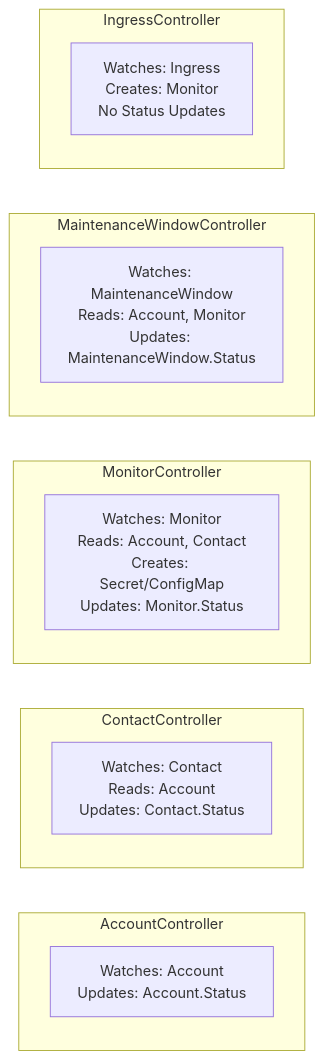
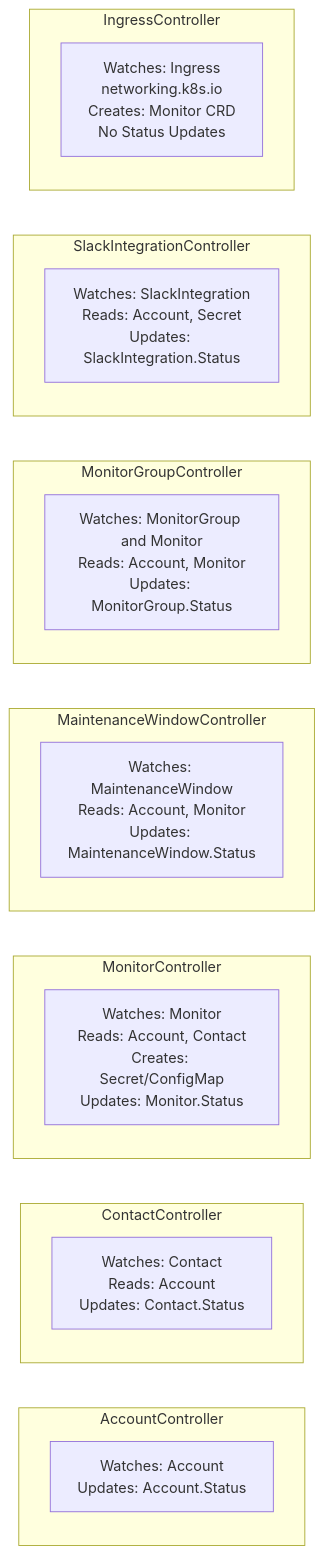
Before and after one commit to joelp172/uptime-robot-operator: the fifth of 11 diagrams in docs/architecture.md, drawn with Mermaid. The commit also changed other lines of this file, not shown here.

Commit message:
docs(architecture): align all sections with actual controller behavior

````diff
--- a/docs/architecture.md
+++ b/docs/architecture.md
@@ -240,22 +208,30 @@
 ```mermaid
 graph LR
     subgraph "AccountController"
         AC[Watches: Account<br/>Updates: Account.Status]
     end
     
     subgraph "ContactController"
         CC[Watches: Contact<br/>Reads: Account<br/>Updates: Contact.Status]
     end
     
     subgraph "MonitorController"
         MC[Watches: Monitor<br/>Reads: Account, Contact<br/>Creates: Secret/ConfigMap<br/>Updates: Monitor.Status]
     end
     
     subgraph "MaintenanceWindowController"
         MWC[Watches: MaintenanceWindow<br/>Reads: Account, Monitor<br/>Updates: MaintenanceWindow.Status]
     end
+
+    subgraph "MonitorGroupController"
+        MGC[Watches: MonitorGroup and Monitor<br/>Reads: Account, Monitor<br/>Updates: MonitorGroup.Status]
+    end
+
+    subgraph "SlackIntegrationController"
+        SIC[Watches: SlackIntegration<br/>Reads: Account, Secret<br/>Updates: SlackIntegration.Status]
+    end
     
     subgraph "IngressController"
-        IC[Watches: Ingress<br/>Creates: Monitor<br/>No Status Updates]
+        IC[Watches: Ingress<br/>networking.k8s.io<br/>Creates: Monitor CRD<br/>No Status Updates]
     end
 ```
````
